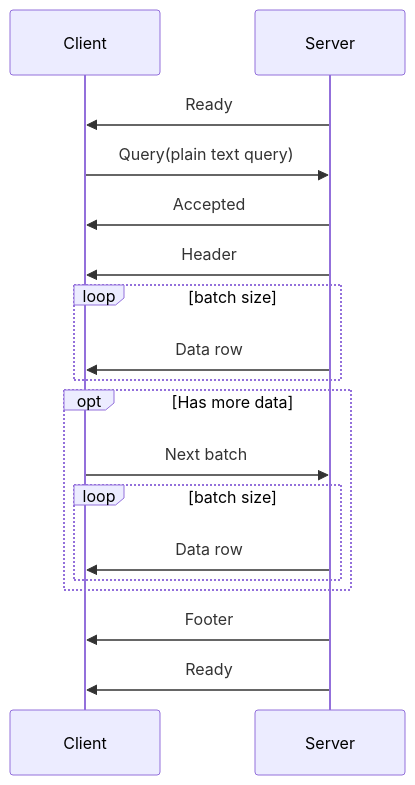
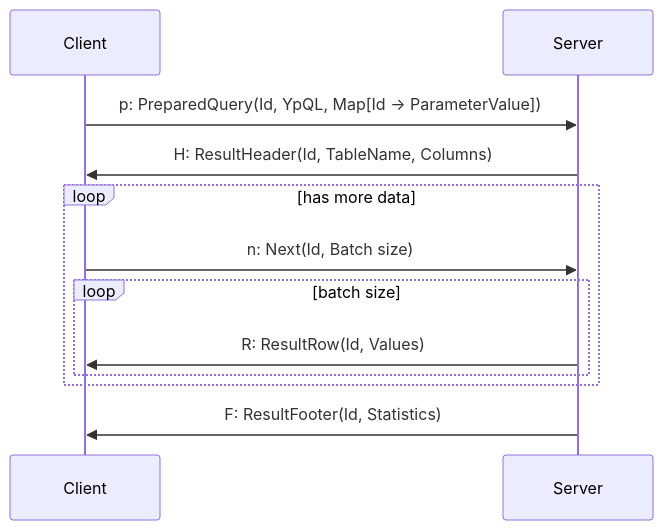
The diagram in docs/mdoc/protocol/query.md (rusexpertiza-llc/yupana), drawn with Mermaid before and after one commit. The commit also changed other lines of this file and 15 other files, not shown here.

````diff
--- a/docs/mdoc/protocol/query.md
+++ b/docs/mdoc/protocol/query.md
@@ -6,21 +13,15 @@
 ```mermaid
 sequenceDiagram
     participant C as Client
     participant S as Server
 
-    S->>C: Ready
-    C->>S: Query(plain text query)
-    S->>C: Accepted
-    S->>C: Header
-    loop batch size
-        S->>C: Data row
+    C->>S: p: PreparedQuery(Id, YpQL, Map[Id -> ParameterValue])
+    S->>C: H: ResultHeader(Id, TableName, Columns)
+    loop has more data
+      C->>S: n: Next(Id, Batch size)
+      loop batch size
+          S->>C: R: ResultRow(Id, Values)
+      end
     end
-    opt Has more data
-        C->>S: Next batch
-        loop batch size
-            S->>C: Data row
-        end
-    end
-    S->>C: Footer
-    S->>C: Ready
+    S->>C: F: ResultFooter(Id, Statistics)
 ```
````
